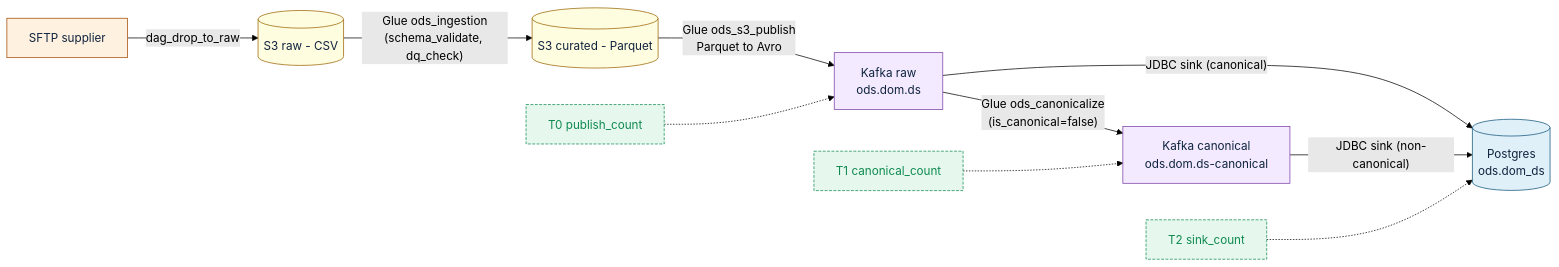
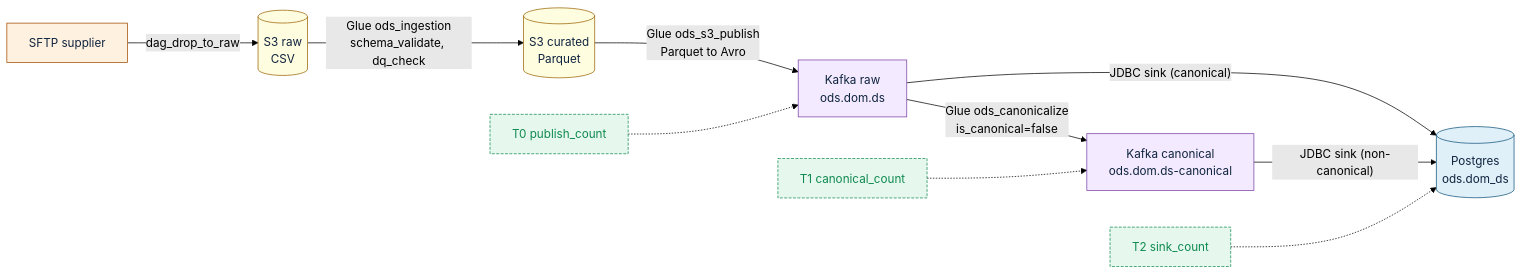
Before and after one commit to holdersav20001/ods: the second of 6 diagrams in README.md, drawn with Mermaid (forest theme). The commit also changed other lines of this file, not shown here.

First line of the commit message:
fix(readme): quote Mermaid node labels with parens / br

````diff
--- a/README.md
+++ b/README.md
@@ -97,26 +97,26 @@
 ```mermaid
 flowchart LR
   classDef store  fill:#fffde0,stroke:#9a6300,color:#10243f
   classDef kafka  fill:#f3eaff,stroke:#7b3fa6,color:#10243f
   classDef pg     fill:#e0f0f9,stroke:#0e527a,color:#10243f
   classDef src    fill:#fff1df,stroke:#a04a00,color:#10243f
   classDef recon  fill:#e6f7ee,stroke:#0f8a4f,color:#0f8a4f,stroke-dasharray: 4 2
 
   SFTP[SFTP supplier]:::src
-  S3R[(S3 raw - CSV)]:::store
-  S3C[(S3 curated - Parquet)]:::store
-  KRAW[Kafka raw\nods.dom.ds]:::kafka
-  KCAN[Kafka canonical\nods.dom.ds-canonical]:::kafka
-  PG[(Postgres\nods.dom_ds)]:::pg
+  S3R[("S3 raw<br/>CSV")]:::store
+  S3C[("S3 curated<br/>Parquet")]:::store
+  KRAW["Kafka raw<br/>ods.dom.ds"]:::kafka
+  KCAN["Kafka canonical<br/>ods.dom.ds-canonical"]:::kafka
+  PG[("Postgres<br/>ods.dom_ds")]:::pg
 
   SFTP -- dag_drop_to_raw --> S3R
-  S3R -- "Glue ods_ingestion\n(schema_validate, dq_check)" --> S3C
-  S3C -- "Glue ods_s3_publish\nParquet to Avro" --> KRAW
-  KRAW -- "Glue ods_canonicalize\n(is_canonical=false)" --> KCAN
+  S3R -- "Glue ods_ingestion<br/>schema_validate, dq_check" --> S3C
+  S3C -- "Glue ods_s3_publish<br/>Parquet to Avro" --> KRAW
+  KRAW -- "Glue ods_canonicalize<br/>is_canonical=false" --> KCAN
   KRAW -- "JDBC sink (canonical)" --> PG
   KCAN -- "JDBC sink (non-canonical)" --> PG
 
   R0[T0 publish_count]:::recon -.-> KRAW
   R1[T1 canonical_count]:::recon -.-> KCAN
   R2[T2 sink_count]:::recon -.-> PG
 ```
````
